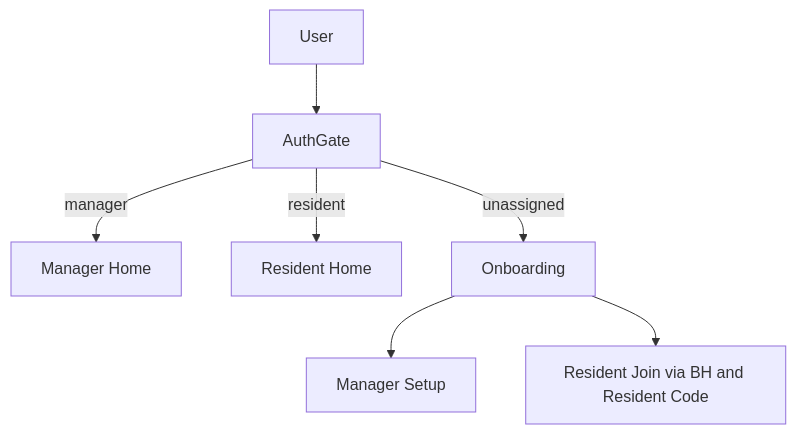
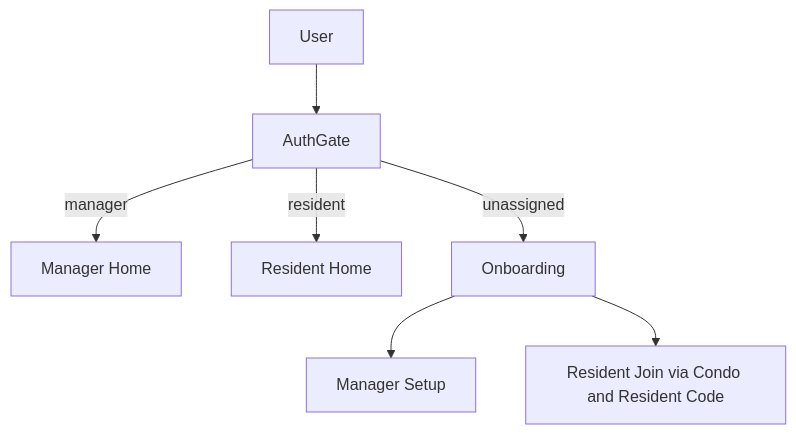
The second of 5 diagrams in README.md (InnovaTxch/myCondo), drawn with Mermaid before and after one commit. The commit also changed other lines of this file, not shown here.

Commit message:
docs: added logical view diagram, software architecture, and structure layers

````diff
--- a/README.md
+++ b/README.md
@@ -348,10 +471,10 @@
 ```mermaid
 flowchart TD
   U["User"] --> AG["AuthGate"]
   AG -->|manager| MH["Manager Home"]
   AG -->|resident| RH["Resident Home"]
   AG -->|unassigned| OB["Onboarding"]
 
   OB --> MS["Manager Setup"]
-  OB --> RS["Resident Join via BH and Resident Code"]
+  OB --> RS["Resident Join via Condo and Resident Code"]
 ```
````
